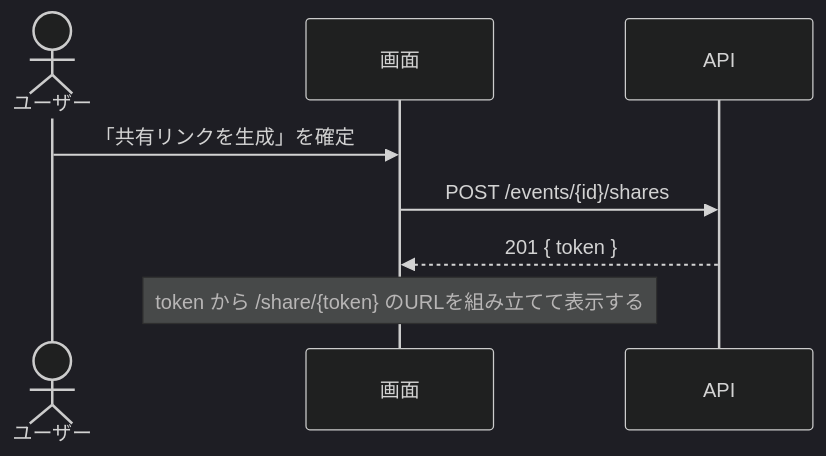
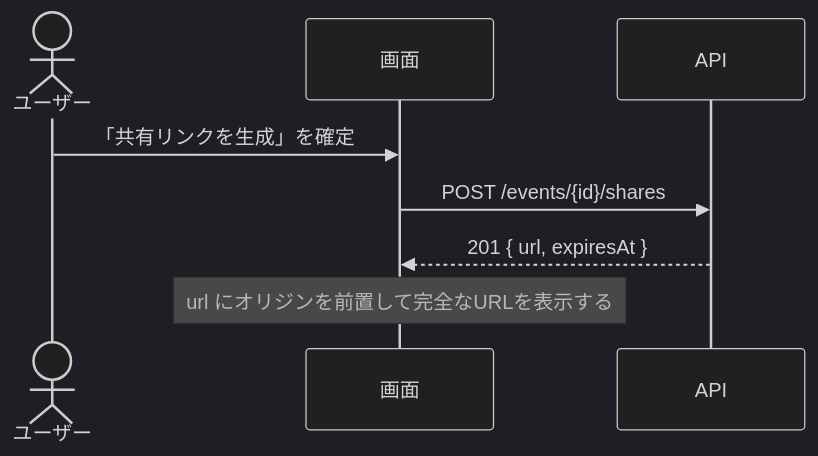
The diagram in docs/spec/template.md (Haya372/ai-trial), drawn with Mermaid (dark theme) before and after one commit. The commit also changed other lines of this file and 5 other files, not shown here.

````diff
--- a/docs/spec/template.md
+++ b/docs/spec/template.md
@@ -104,10 +108,10 @@
 ```mermaid
 sequenceDiagram
     actor User as ユーザー
     participant UI as 画面
     participant API
     User->>UI: 「共有リンクを生成」を確定
     UI->>API: POST /events/{id}/shares
-    API-->>UI: 201 { token }
-    Note over UI: token から /share/{token} のURLを組み立てて表示する
+    API-->>UI: 201 { url, expiresAt }
+    Note over UI: url にオリジンを前置して完全なURLを表示する
 ```
````
